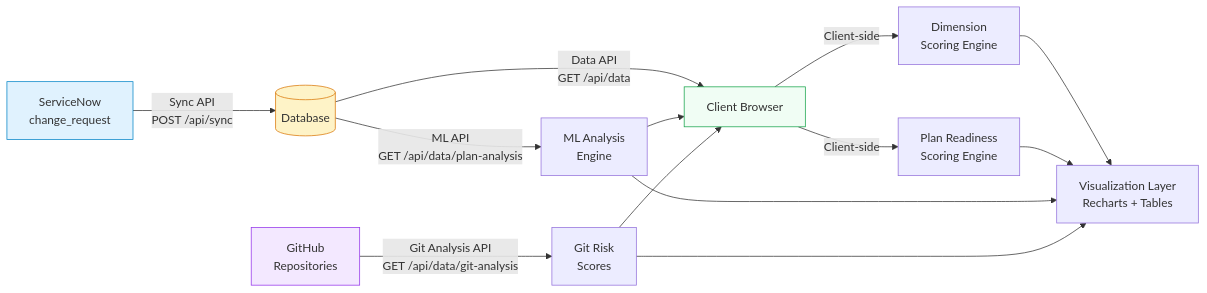
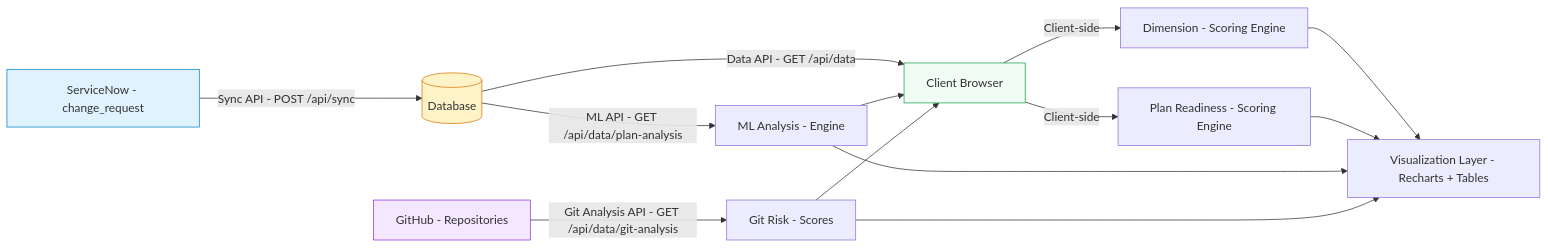
The ninth of 9 diagrams in docs/IMPACT_ANALYSIS.md (jj-shen99/changefabric), drawn with Mermaid before and after one commit. The commit also changed other lines of this file and 10 other files, not shown here.

First line of the commit message:
Fix Mermaid syntax errors, update all docs to v1.3.0

````diff
--- a/docs/IMPACT_ANALYSIS.md
+++ b/docs/IMPACT_ANALYSIS.md
@@ -553,24 +553,24 @@
 ```mermaid
 flowchart LR
-    SN[ServiceNow<br/>change_request] -->|"Sync API<br/>POST /api/sync"| DB[(Database)]
-    GH[GitHub<br/>Repositories] -->|"Git Analysis API<br/>GET /api/data/git-analysis"| GA[Git Risk<br/>Scores]
+    SN[ServiceNow - change_request] -->|"Sync API - POST /api/sync"| DB[(Database)]
+    GH[GitHub - Repositories] -->|"Git Analysis API - GET /api/data/git-analysis"| GA[Git Risk - Scores]
     
-    DB -->|"Data API<br/>GET /api/data"| CLIENT[Client Browser]
-    DB -->|"ML API<br/>GET /api/data/plan-analysis"| MLA[ML Analysis<br/>Engine]
+    DB -->|"Data API - GET /api/data"| CLIENT[Client Browser]
+    DB -->|"ML API - GET /api/data/plan-analysis"| MLA[ML Analysis - Engine]
     
-    CLIENT -->|"Client-side"| DSE[Dimension<br/>Scoring Engine]
-    CLIENT -->|"Client-side"| PSE[Plan Readiness<br/>Scoring Engine]
+    CLIENT -->|"Client-side"| DSE[Dimension - Scoring Engine]
+    CLIENT -->|"Client-side"| PSE[Plan Readiness - Scoring Engine]
     
     MLA --> CLIENT
     GA --> CLIENT
     
-    DSE --> VIZ[Visualization Layer<br/>Recharts + Tables]
+    DSE --> VIZ[Visualization Layer - Recharts + Tables]
     PSE --> VIZ
     MLA --> VIZ
     GA --> VIZ
 
     style SN fill:#e0f2fe,stroke:#0284c7
     style GH fill:#f3e8ff,stroke:#9333ea
     style DB fill:#fef3c7,stroke:#d97706
     style CLIENT fill:#f0fdf4,stroke:#16a34a
 ```
````
